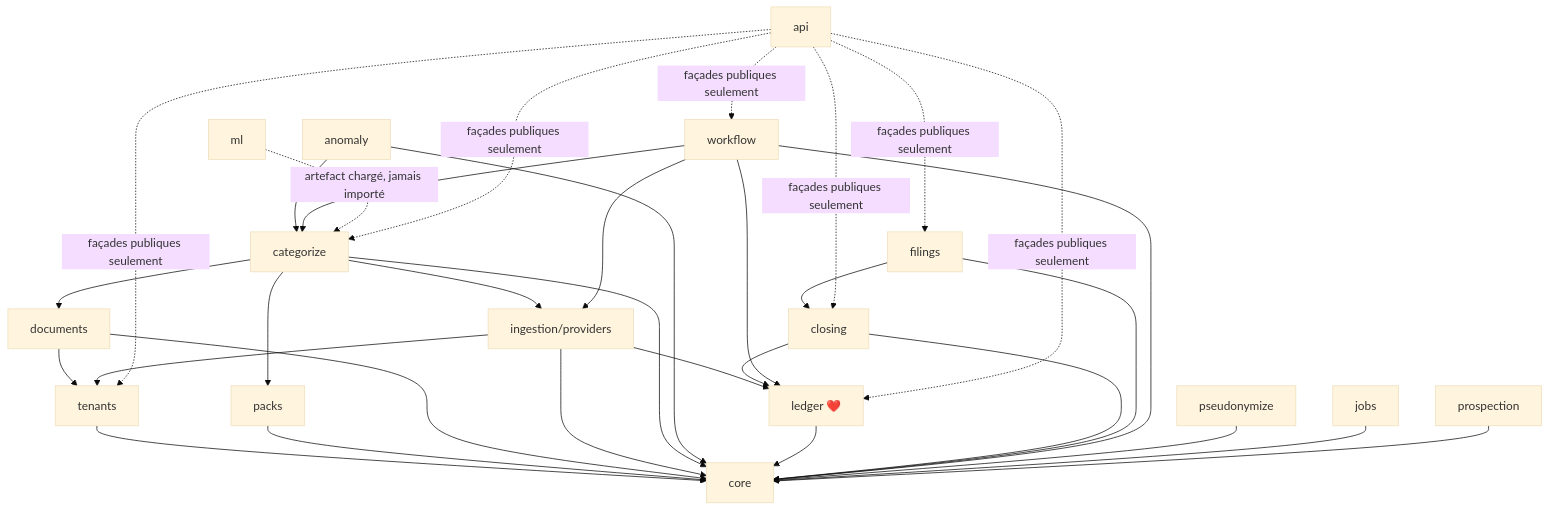
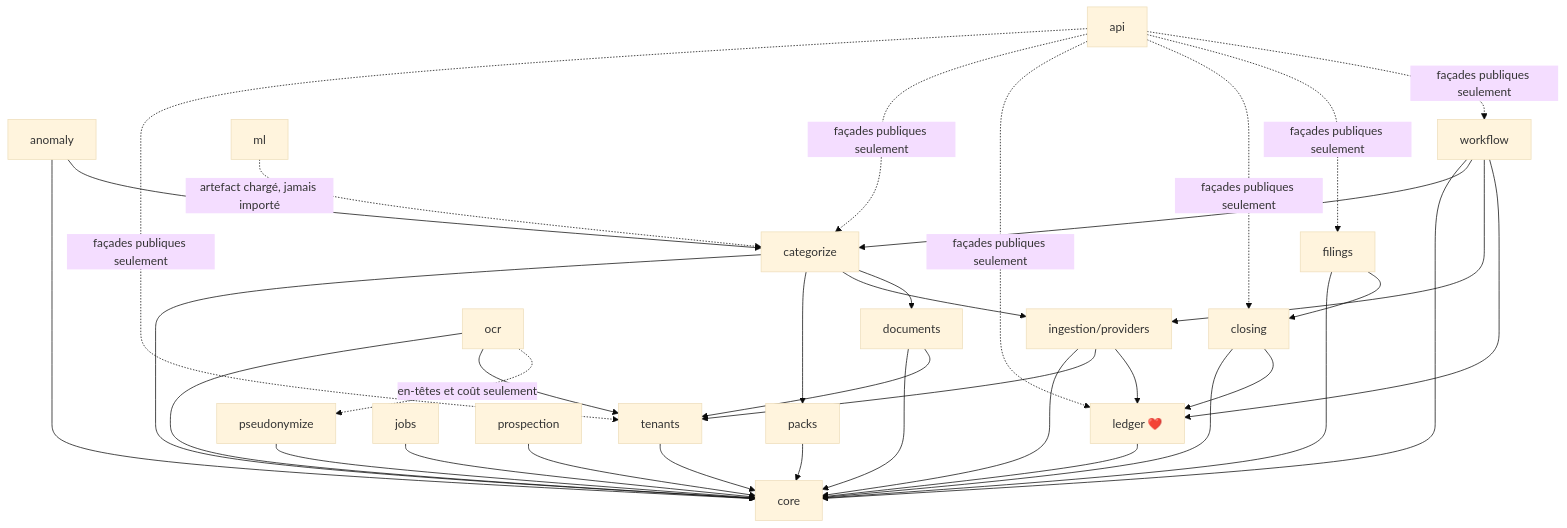
Before and after one commit to presidentaxel/AxelCOMPTA: the diagram in docs/18-organisation-code.md, drawn with Mermaid (base theme). The commit also changed other lines of this file and 5 other files, not shown here.

````diff
--- a/docs/18-organisation-code.md
+++ b/docs/18-organisation-code.md
@@ -49,36 +50,39 @@
 ```mermaid
 graph TD
     core["core"]
     tenants["tenants"] --> core
     packs["packs"] --> core
     documents["documents"] --> core
     documents --> tenants
     ingestion["ingestion/providers"] --> core
     ingestion --> tenants
     ingestion --> ledger
     categorize["categorize"] --> core
     categorize --> packs
     categorize --> ingestion
     categorize --> documents
     anomaly["anomaly"] --> core
     anomaly --> categorize
     ledger["ledger ❤️"] --> core
     closing["closing"] --> core
     closing --> ledger
     filings["filings"] --> core
     filings --> closing
     workflow["workflow"] --> core
     workflow --> categorize
     workflow --> ingestion
     workflow --> ledger
     pseudonymize["pseudonymize"] --> core
     jobs["jobs"] --> core
     prospection["prospection"] --> core
+    ocr["ocr"] --> core
+    ocr --> tenants
+    ocr -. en-têtes et coût seulement .-> pseudonymize
     ml["ml"] -. artefact chargé, jamais importé .-> categorize
     api["api"] -. façades publiques seulement .-> tenants
     api -. façades publiques seulement .-> categorize
     api -. façades publiques seulement .-> ledger
     api -. façades publiques seulement .-> closing
     api -. façades publiques seulement .-> filings
     api -. façades publiques seulement .-> workflow
 ```
````
